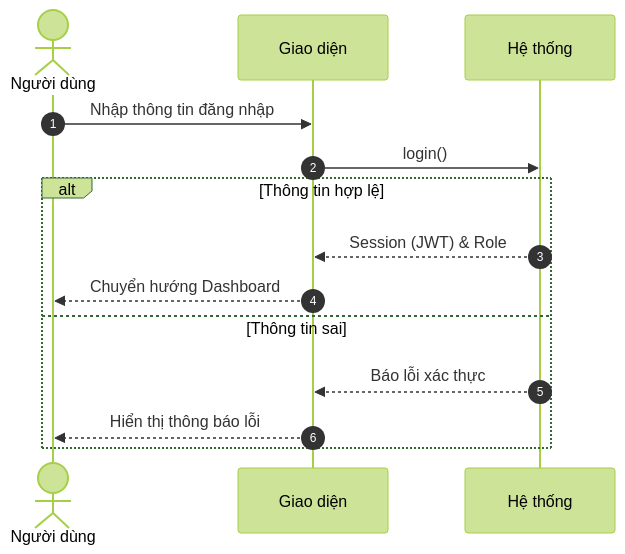
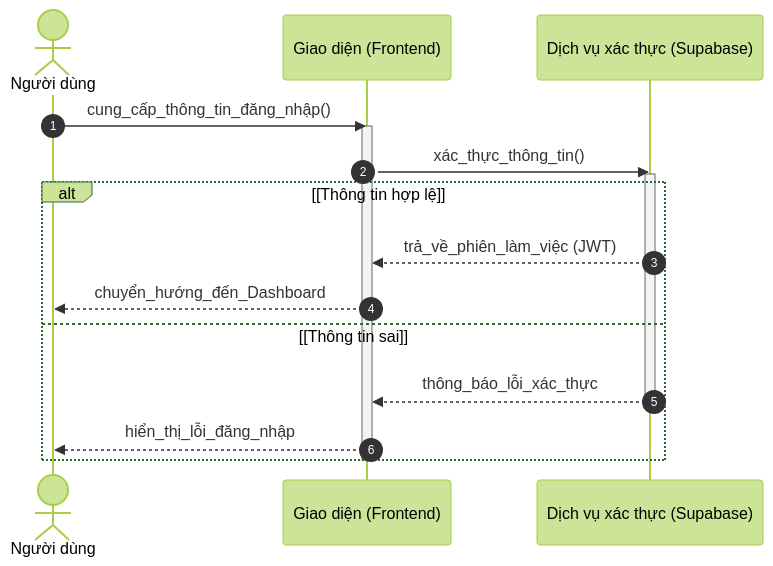
One commit to ngoctinn/Synapse changed the second of 3 diagrams in docs/design/sequences_simplified/authentication.md. Above: the diagram before and after it, drawn with Mermaid (forest theme). The commit also changed other lines of this file and 4 other files, not shown here.

Commit message:
docs: Add simplified sequence diagrams for receptionist, technician, admin, customer, and authentication flows.

````diff
--- a/docs/design/sequences_simplified/authentication.md
+++ b/docs/design/sequences_simplified/authentication.md
@@ -52,18 +44,22 @@
 ```mermaid
 sequenceDiagram
     autonumber
     actor ND as Người dùng
-    participant UI as Giao diện
-    participant HT as Hệ thống
+    participant FE as Giao diện (Frontend)
+    participant SUPA as Dịch vụ xác thực (Supabase)
 
-    ND->>UI: Nhập thông tin đăng nhập
-    UI->>HT: login()
+    ND->>FE: cung_cấp_thông_tin_đăng_nhập()
+    activate FE
+    FE->>SUPA: xác_thực_thông_tin()
+    activate SUPA
 
-    alt Thông tin hợp lệ
-        HT-->>UI: Session (JWT) & Role
-        UI-->>ND: Chuyển hướng Dashboard
-    else Thông tin sai
-        HT-->>UI: Báo lỗi xác thực
-        UI-->>ND: Hiển thị thông báo lỗi
+    alt [Thông tin hợp lệ]
+        SUPA-->>FE: trả_về_phiên_làm_việc (JWT)
+        FE-->>ND: chuyển_hướng_đến_Dashboard
+    else [Thông tin sai]
+        SUPA-->>FE: thông_báo_lỗi_xác_thực
+        deactivate SUPA
+        FE-->>ND: hiển_thị_lỗi_đăng_nhập
     end
+    deactivate FE
 ```
````
